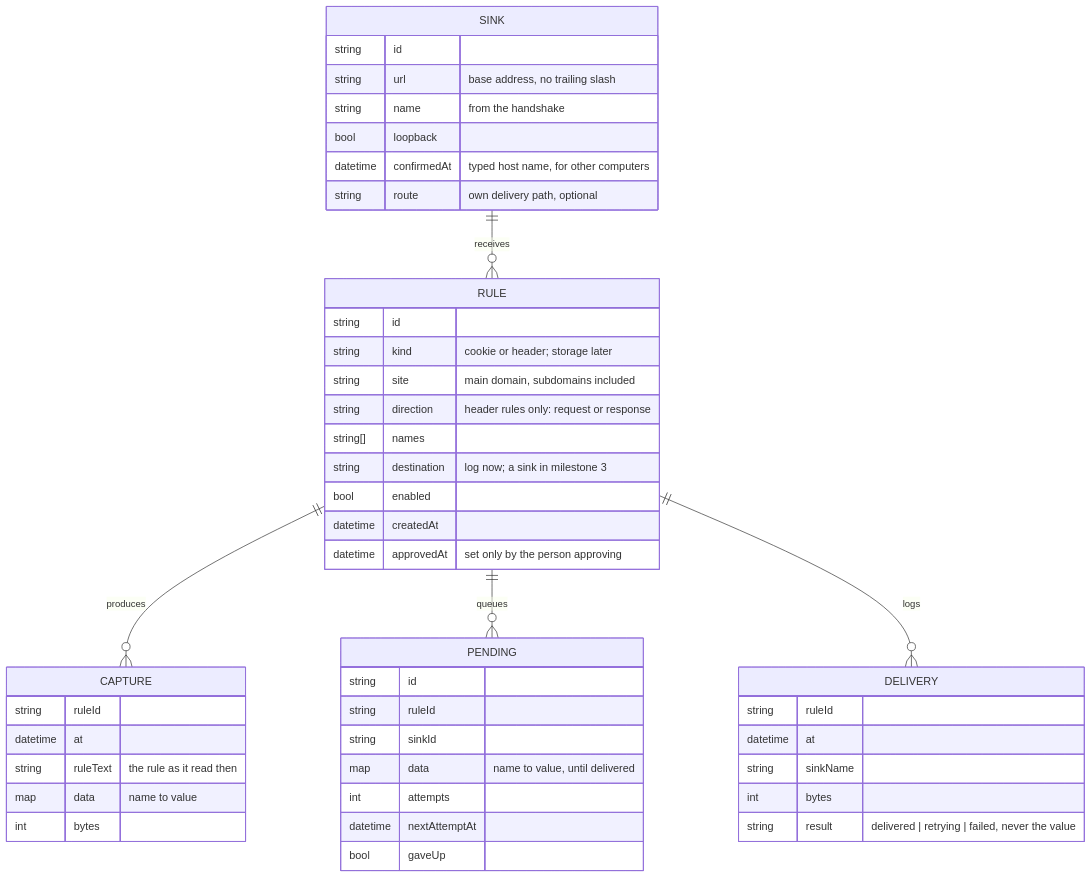
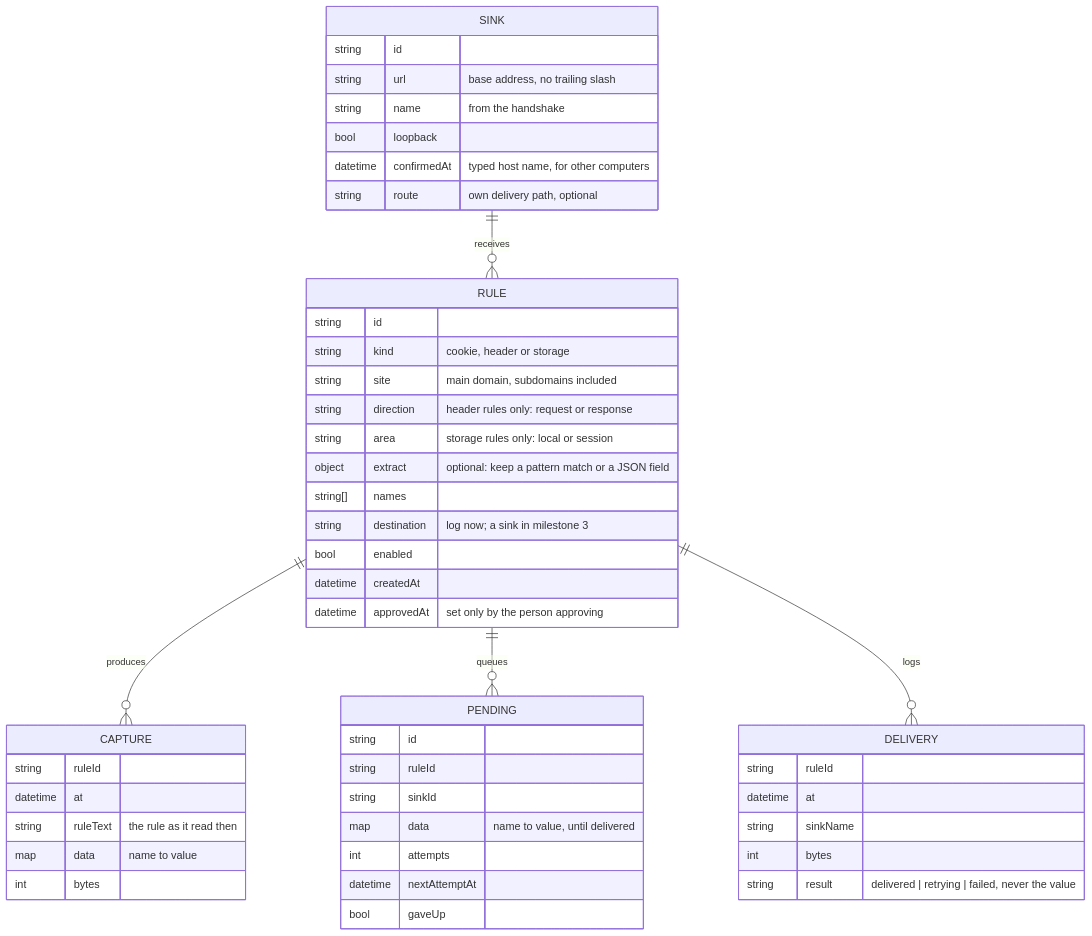
Before and after one commit to BlackCanyonSoftware/conduit_extension_BCS: the third of 4 diagrams in docs/ARCHITECTURE.md, drawn with Mermaid. The commit also changed other lines of this file and 32 other files, not shown here.

First line of the commit message:
feat: capture page storage keys and keep only part of a value (US-013, US-014)

````diff
--- a/docs/ARCHITECTURE.md
+++ b/docs/ARCHITECTURE.md
@@ -73,49 +73,51 @@
 ```mermaid
 erDiagram
   RULE ||--o{ CAPTURE : produces
   SINK ||--o{ RULE : receives
   RULE ||--o{ PENDING : queues
   RULE ||--o{ DELIVERY : logs
   RULE {
     string id
-    string kind "cookie or header; storage later"
+    string kind "cookie, header or storage"
     string site "main domain, subdomains included"
     string direction "header rules only: request or response"
+    string area "storage rules only: local or session"
+    object extract "optional: keep a pattern match or a JSON field"
     string[] names
     string destination "log now; a sink in milestone 3"
     bool enabled
     datetime createdAt
     datetime approvedAt "set only by the person approving"
   }
   SINK {
     string id
     string url "base address, no trailing slash"
     string name "from the handshake"
     bool loopback
     datetime confirmedAt "typed host name, for other computers"
     string route "own delivery path, optional"
   }
   PENDING {
     string id
     string ruleId
     string sinkId
     map data "name to value, until delivered"
     int attempts
     datetime nextAttemptAt
     bool gaveUp
   }
   CAPTURE {
     string ruleId
     datetime at
     string ruleText "the rule as it read then"
     map data "name to value"
     int bytes
   }
   DELIVERY {
     string ruleId
     datetime at
     string sinkName
     int bytes
     string result "delivered | retrying | failed, never the value"
   }
 ```
````
